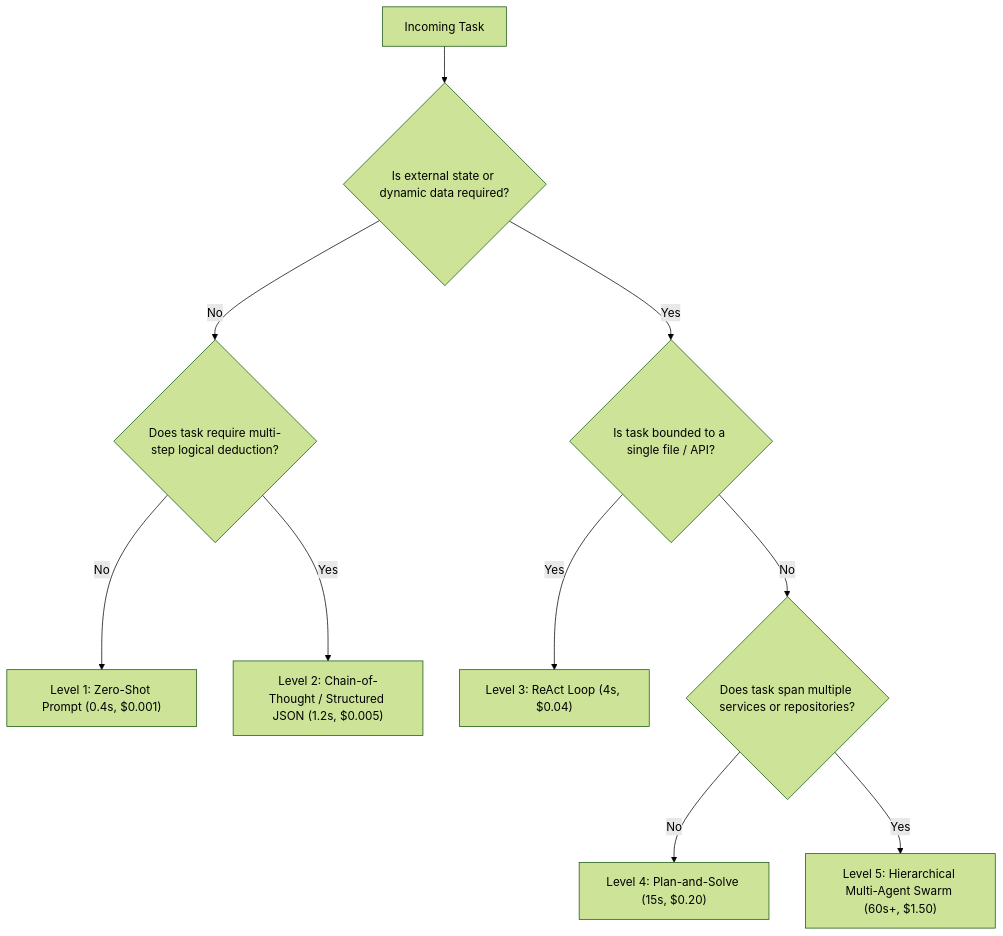
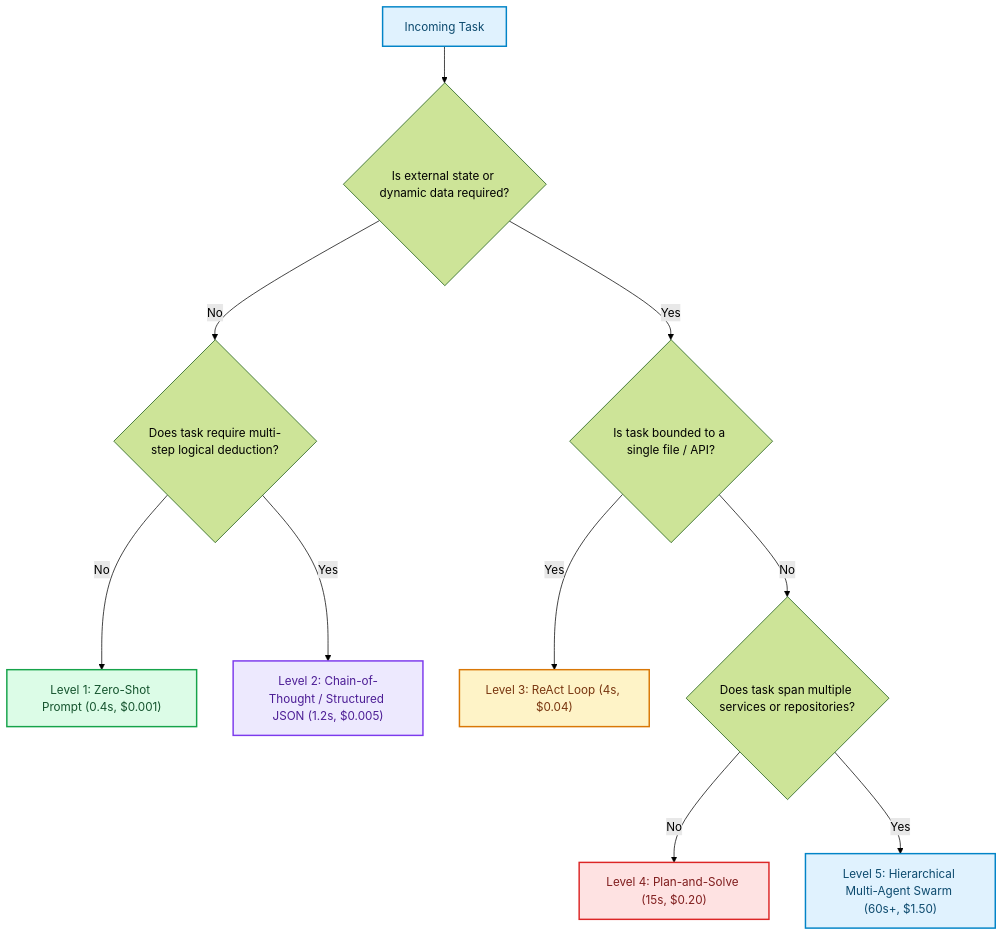
The second of 2 diagrams in blog/posts/agentic-workflows-vs-single-prompt-llms-architectural-decision-matrix.md (akmalkhaniub/akmalkhaniub.github.io), drawn with Mermaid (forest theme) before and after one commit. The commit also changed other lines of this file and 1291 other files, not shown here.

First line of the commit message:
feat(catalog): unique covers, scholarly references, and diagram palettes

````diff
--- a/blog/posts/agentic-workflows-vs-single-prompt-llms-architectural-decision-matrix.md
+++ b/blog/posts/agentic-workflows-vs-single-prompt-llms-architectural-decision-matrix.md
@@ -65,15 +76,26 @@
 ```mermaid
 flowchart TD
-  Start[Incoming Task] --> Q1{Is external state or dynamic data required?}
+  Start["Incoming Task"] --> Q1{Is external state or dynamic data required?}
   Q1 -->|No| Q2{Does task require multi-step logical deduction?}
   Q1 -->|Yes| Q3{Is task bounded to a single file / API?}
   
   Q2 -->|No| R1["Level 1: Zero-Shot Prompt (0.4s, $0.001)"]
   Q2 -->|Yes| R2["Level 2: Chain-of-Thought / Structured JSON (1.2s, $0.005)"]
   
   Q3 -->|Yes| R3["Level 3: ReAct Loop (4s, $0.04)"]
   Q3 -->|No| Q4{Does task span multiple services or repositories?}
   
   Q4 -->|No| R4["Level 4: Plan-and-Solve (15s, $0.20)"]
   Q4 -->|Yes| R5["Level 5: Hierarchical Multi-Agent Swarm (60s+, $1.50)"]
+
+classDef green fill:#dcfce7,stroke:#16a34a,stroke-width:2px,color:#14532d;
+classDef red fill:#fee2e2,stroke:#dc2626,stroke-width:2px,color:#7f1d1d;
+classDef blue fill:#e0f2fe,stroke:#0284c7,stroke-width:2px,color:#0c4a6e;
+classDef yellow fill:#fef3c7,stroke:#d97706,stroke-width:2px,color:#78350f;
+classDef purple fill:#ede9fe,stroke:#7c3aed,stroke-width:2px,color:#4c1d95;
+class Start,R5 blue
+class R1 green
+class R2 purple
+class R3 yellow
+class R4 red
 ```
````
